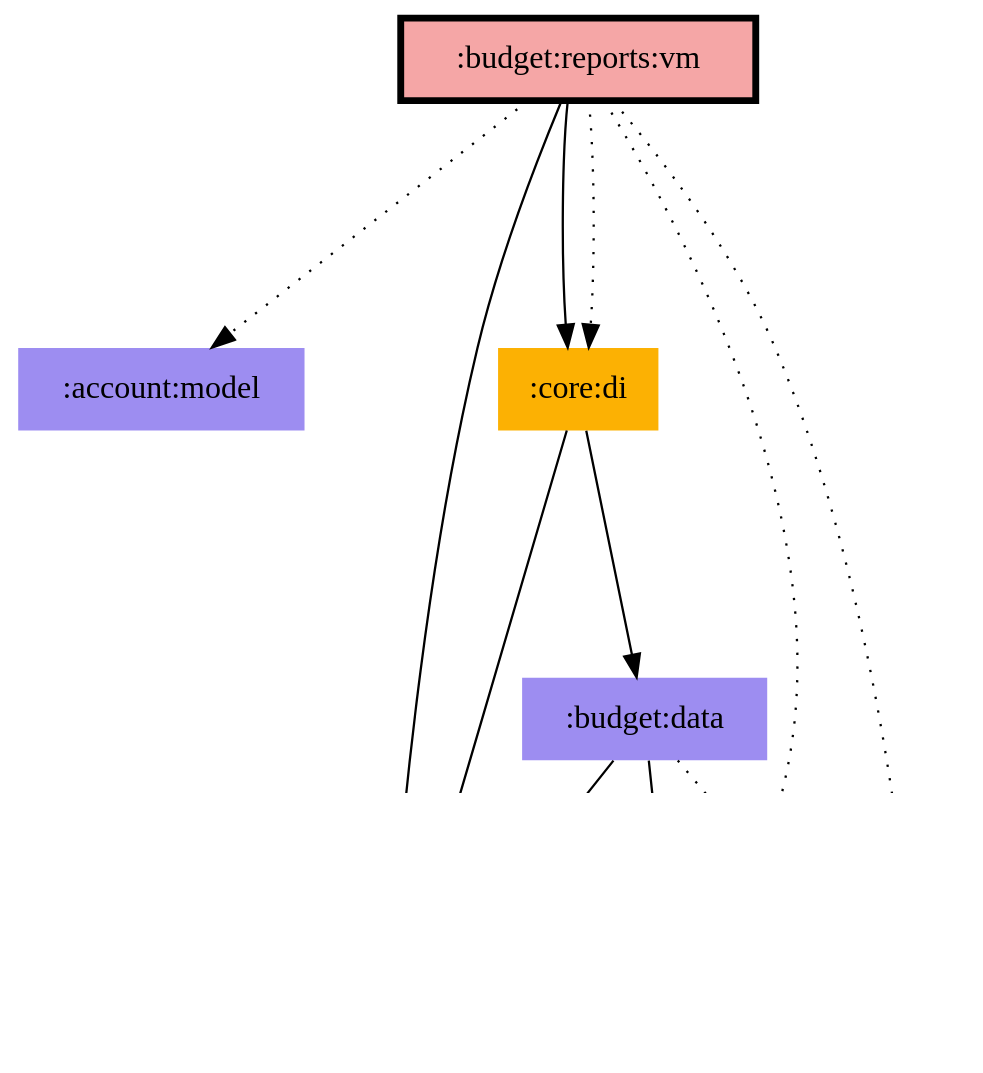
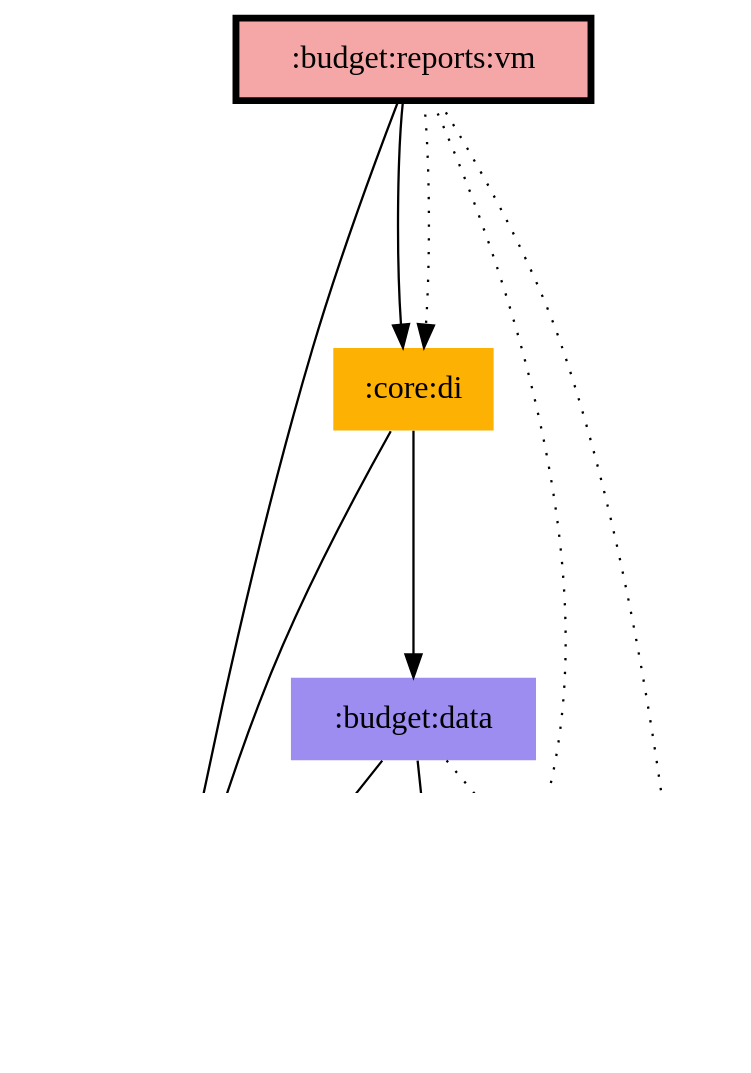
Before and after one commit to jonapoul/aktual: the diagram in modules/budget/reports/vm/modules.dot, drawn with Graphviz. The commit also changed 41 other files, not shown here.

Commit message:
Diagrams

```diff
--- a/modules/budget/reports/vm/modules.dot
+++ b/modules/budget/reports/vm/modules.dot
@@ -1,23 +1,21 @@
 digraph {
 edge ["dir"="forward"]
 graph ["dpi"="100","fontsize"="30","ranksep"="1.5","rankdir"="TB"]
 node ["style"="filled"]
-":account:model" ["fillcolor"="#9D8DF1","shape"="none"]
 ":budget:data" ["fillcolor"="#9D8DF1","shape"="none"]
 ":budget:model" ["fillcolor"="#9D8DF1","shape"="none"]
 ":budget:reports:vm" ["fillcolor"="#F5A6A6","color"="black","penwidth"="3","shape"="box"]
 ":core:di" ["fillcolor"="#FCB103","shape"="none"]
 ":core:model" ["fillcolor"="#9D8DF1","shape"="none"]
 ":logging" ["fillcolor"="#9D8DF1","shape"="none"]
 ":budget:data" -> ":budget:model"
 ":budget:data" -> ":core:model"
 ":budget:data" -> ":logging" ["style"="dotted"]
-":budget:reports:vm" -> ":account:model" ["style"="dotted"]
 ":budget:reports:vm" -> ":budget:model"
 ":budget:reports:vm" -> ":core:di"
 ":budget:reports:vm" -> ":core:di" ["style"="dotted"]
 ":budget:reports:vm" -> ":core:model" ["style"="dotted"]
 ":budget:reports:vm" -> ":logging" ["style"="dotted"]
 ":core:di" -> ":budget:data"
 ":core:di" -> ":budget:model"
 }
```
